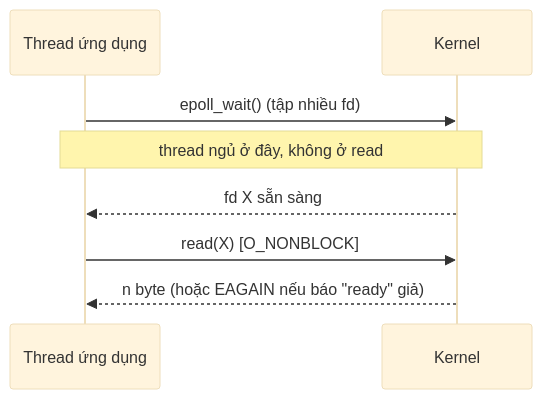
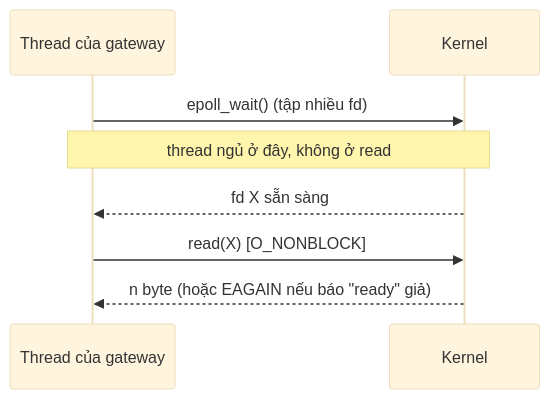
The second of 2 diagrams in docs/07-io-async/01-mo-hinh-io.md (pirumu/irust), drawn with Mermaid (base theme) before and after one commit. The commit also changed other lines of this file and 27 other files, not shown here.

````diff
--- a/docs/07-io-async/01-mo-hinh-io.md
+++ b/docs/07-io-async/01-mo-hinh-io.md
@@ -160,10 +169,10 @@
 ```mermaid
 sequenceDiagram
-  participant T as Thread ứng dụng
+  participant T as Thread của gateway
   participant K as Kernel
   T->>K: epoll_wait() (tập nhiều fd)
   Note over T,K: thread ngủ ở đây, không ở read
   K-->>T: fd X sẵn sàng
   T->>K: read(X) [O_NONBLOCK]
   K-->>T: n byte (hoặc EAGAIN nếu báo "ready" giả)
 ```
````
